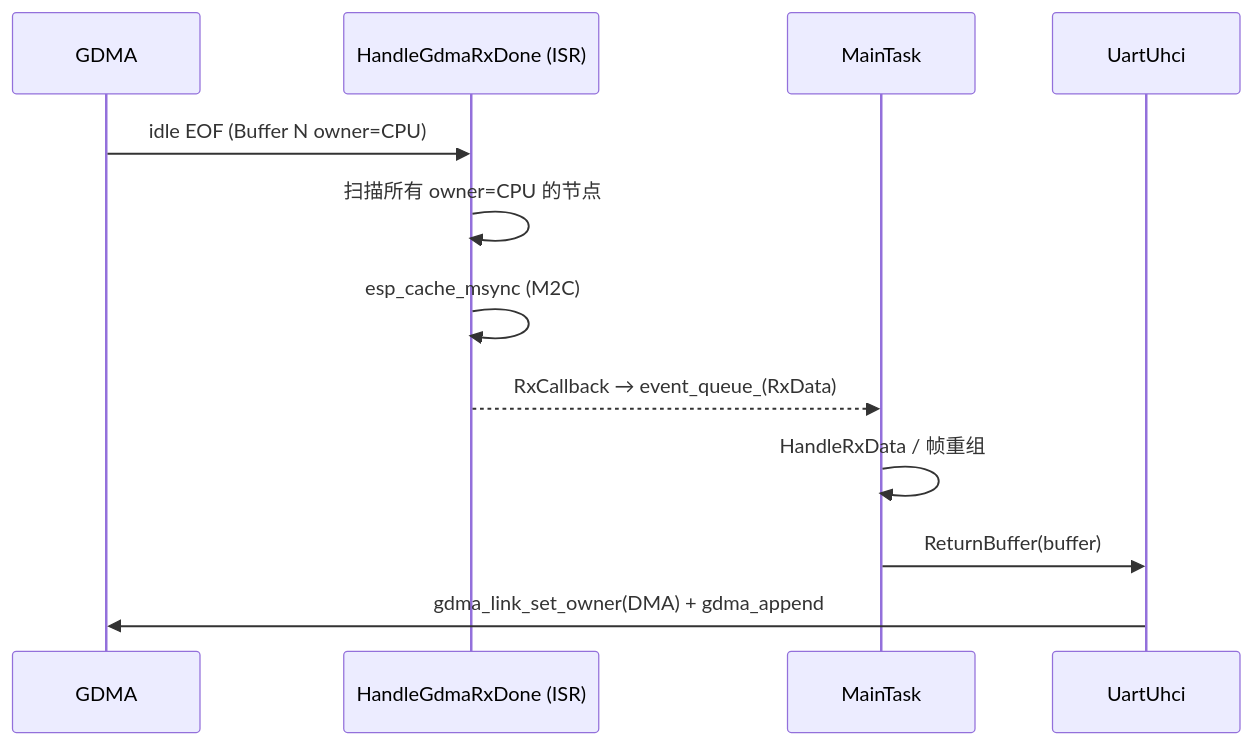
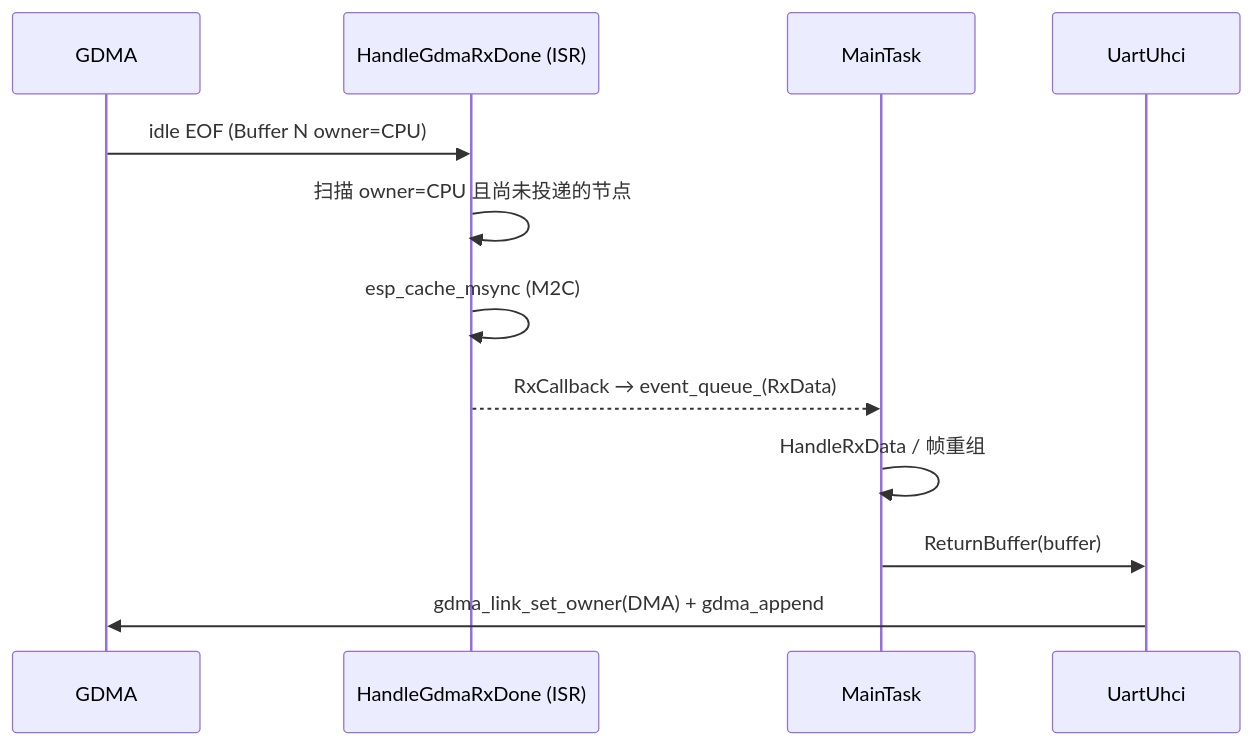
One commit to 78/uart-eth-modem changed the seventh of 22 diagrams in WORKING_PRINCIPLE.md. Above: the diagram before and after it, drawn with Mermaid. The commit also changed other lines of this file and 18 other files, not shown here.

````diff
--- a/WORKING_PRINCIPLE.md
+++ b/WORKING_PRINCIPLE.md
@@ -283,16 +283,16 @@
 ```mermaid
 sequenceDiagram
     participant DMA as GDMA
     participant ISR as HandleGdmaRxDone (ISR)
     participant MAIN as MainTask
     participant UHCI as UartUhci
 
     DMA->>ISR: idle EOF (Buffer N owner=CPU)
-    ISR->>ISR: 扫描所有 owner=CPU 的节点
+    ISR->>ISR: 扫描 owner=CPU 且尚未投递的节点
     ISR->>ISR: esp_cache_msync (M2C)
     ISR-->>MAIN: RxCallback → event_queue_(RxData)
 
     MAIN->>MAIN: HandleRxData / 帧重组
     MAIN->>UHCI: ReturnBuffer(buffer)
     UHCI->>DMA: gdma_link_set_owner(DMA) + gdma_append
 ```
````
